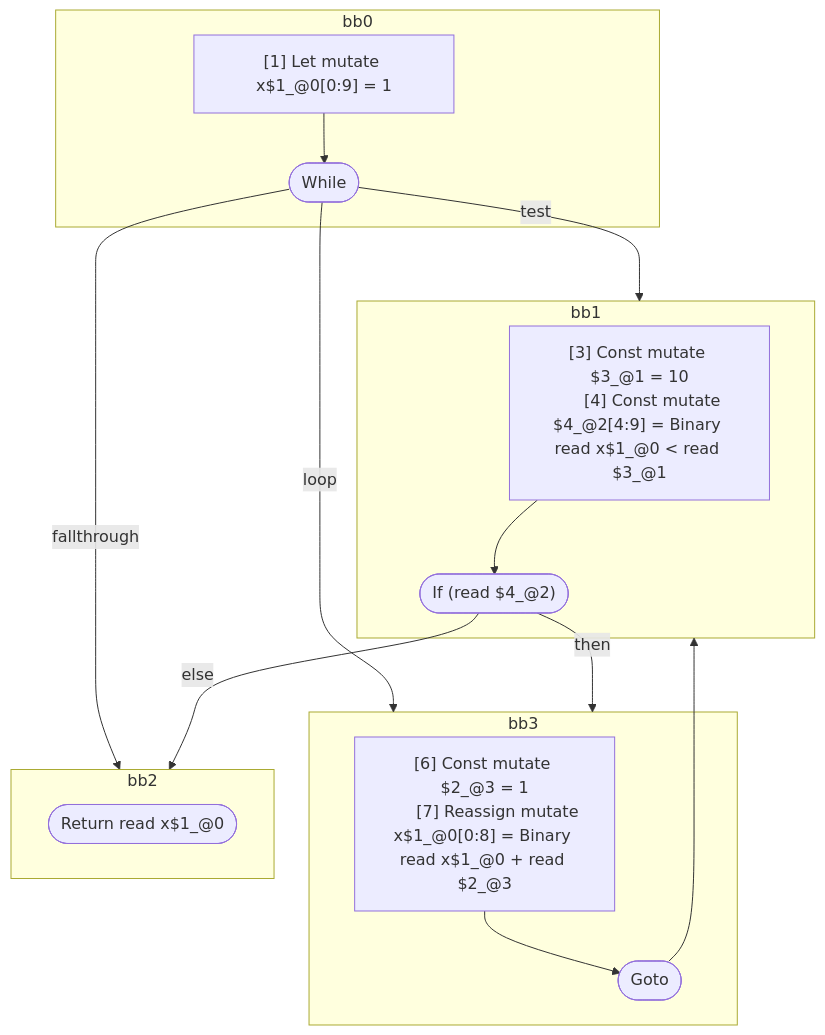
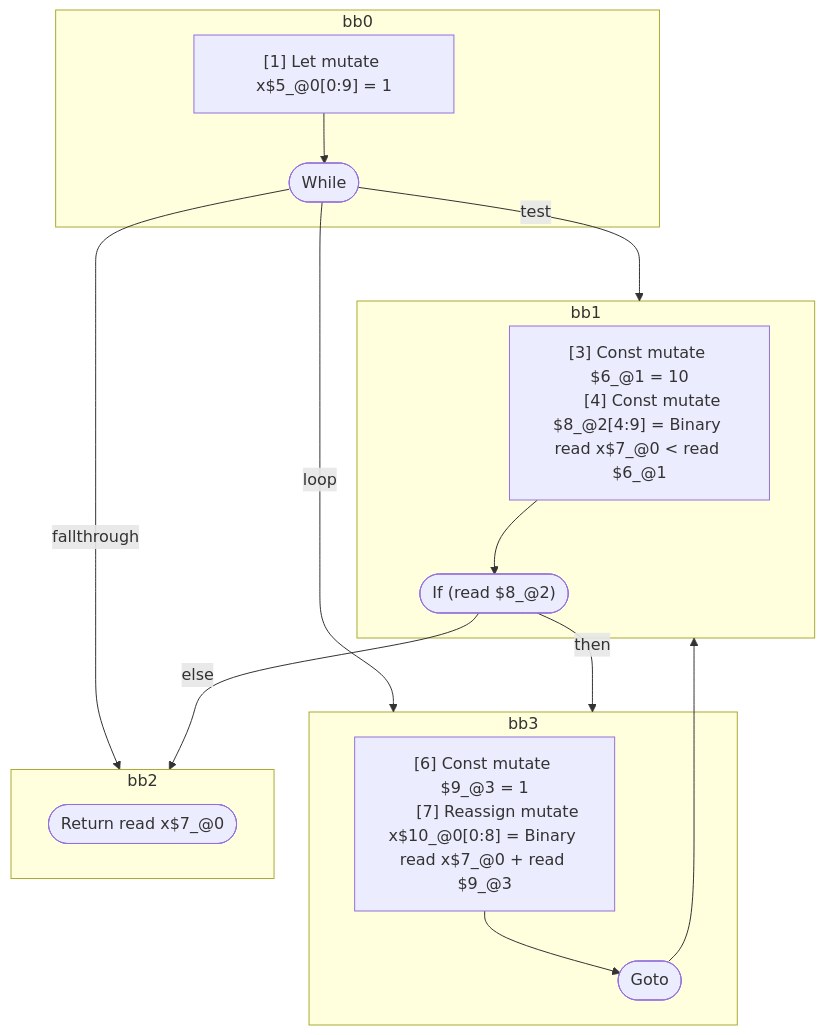
The diagram in compiler/forget/src/__tests__/fixtures/hir/ssa-while.expect.md (wutsmog/private), drawn with Mermaid before and after one commit. The commit also changed other lines of this file and 59 other files, not shown here.

````diff
--- a/compiler/forget/src/__tests__/fixtures/hir/ssa-while.expect.md
+++ b/compiler/forget/src/__tests__/fixtures/hir/ssa-while.expect.md
@@ -39,36 +40,36 @@
 ```mermaid
 flowchart TB
   %% Basic Blocks
   subgraph bb0
     bb0_instrs["
-      [1] Let mutate x$1_@0[0:9] = 1
+      [1] Let mutate x$5_@0[0:9] = 1
     "]
     bb0_instrs --> bb0_terminal(["While"])
   end
   subgraph bb1
     bb1_instrs["
-      [3] Const mutate $3_@1 = 10
-      [4] Const mutate $4_@2[4:9] = Binary read x$1_@0 < read $3_@1
+      [3] Const mutate $6_@1 = 10
+      [4] Const mutate $8_@2[4:9] = Binary read x$7_@0 < read $6_@1
     "]
-    bb1_instrs --> bb1_terminal(["If (read $4_@2)"])
+    bb1_instrs --> bb1_terminal(["If (read $8_@2)"])
   end
   subgraph bb3
     bb3_instrs["
-      [6] Const mutate $2_@3 = 1
-      [7] Reassign mutate x$1_@0[0:8] = Binary read x$1_@0 + read $2_@3
+      [6] Const mutate $9_@3 = 1
+      [7] Reassign mutate x$10_@0[0:8] = Binary read x$7_@0 + read $9_@3
     "]
     bb3_instrs --> bb3_terminal(["Goto"])
   end
   subgraph bb2
-    bb2_terminal(["Return read x$1_@0"])
+    bb2_terminal(["Return read x$7_@0"])
   end
 
   %% Jumps
   bb0_terminal -- "test" --> bb1
   bb0_terminal -- "loop" --> bb3
   bb0_terminal -- "fallthrough" --> bb2
   bb1_terminal -- "then" --> bb3
   bb1_terminal -- "else" --> bb2
   bb3_terminal --> bb1
 
 ```
````
